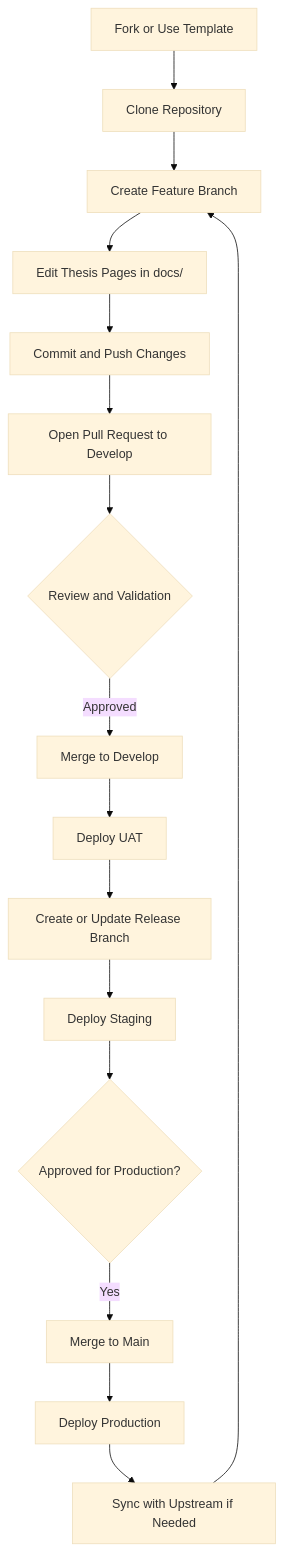
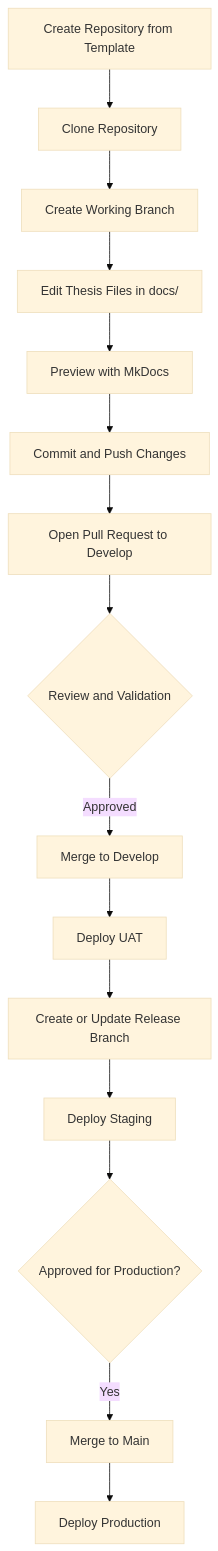
Before and after one commit to mc-ccs/bscs-research-template: the diagram in README.md, drawn with Mermaid (base theme). The commit also changed other lines of this file, not shown here.

````diff
--- a/README.md
+++ b/README.md
@@ -258,18 +232,17 @@
 ```mermaid
 flowchart TD
-    A[Fork or Use Template] --> B[Clone Repository]
-    B --> C[Create Feature Branch]
-    C --> D[Edit Thesis Pages in docs/]
-    D --> E[Commit and Push Changes]
-    E --> F[Open Pull Request to Develop]
-    F --> G{Review and Validation}
-    G -->|Approved| H[Merge to Develop]
-    H --> I[Deploy UAT]
-    I --> J[Create or Update Release Branch]
-    J --> K[Deploy Staging]
-    K --> L{Approved for Production?}
-    L -->|Yes| M[Merge to Main]
-    M --> N[Deploy Production]
-    N --> O[Sync with Upstream if Needed]
-    O --> C
+    A[Create Repository from Template] --> B[Clone Repository]
+    B --> C[Create Working Branch]
+    C --> D[Edit Thesis Files in docs/]
+    D --> E[Preview with MkDocs]
+    E --> F[Commit and Push Changes]
+    F --> G[Open Pull Request to Develop]
+    G --> H{Review and Validation}
+    H -->|Approved| I[Merge to Develop]
+    I --> J[Deploy UAT]
+    J --> K[Create or Update Release Branch]
+    K --> L[Deploy Staging]
+    L --> M{Approved for Production?}
+    M -->|Yes| N[Merge to Main]
+    N --> O[Deploy Production]
 ```
````
